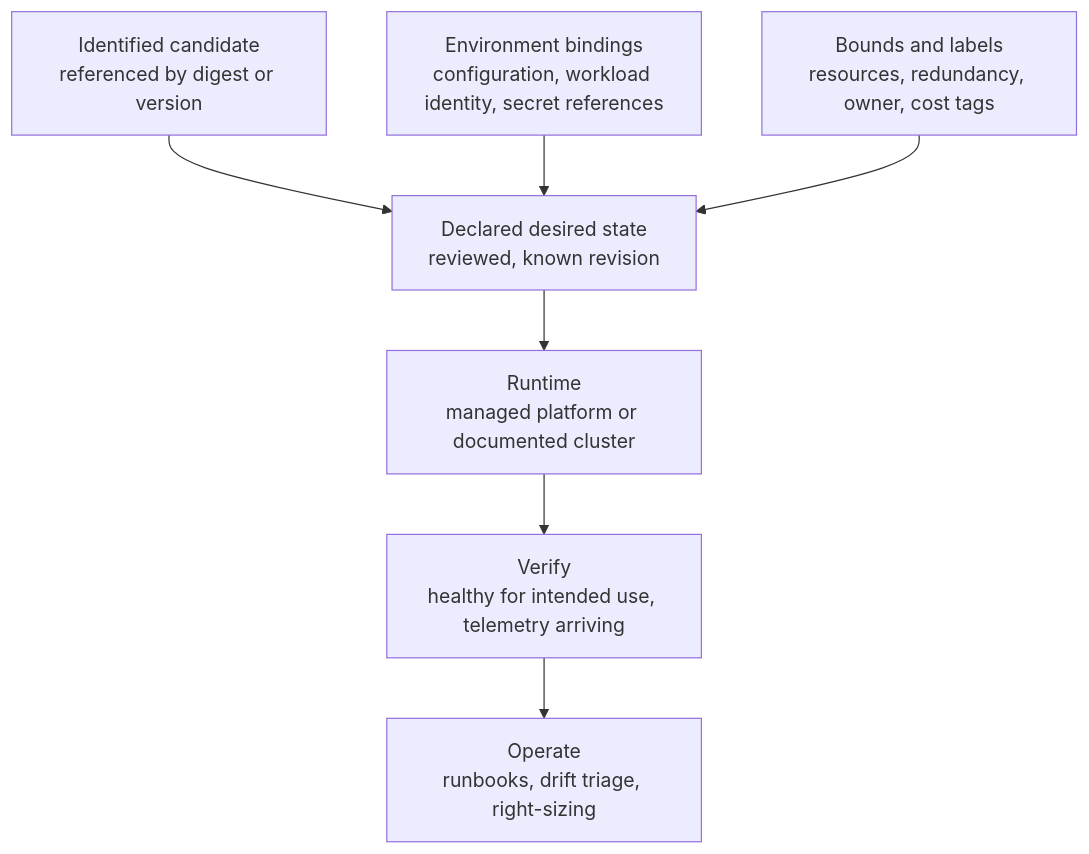
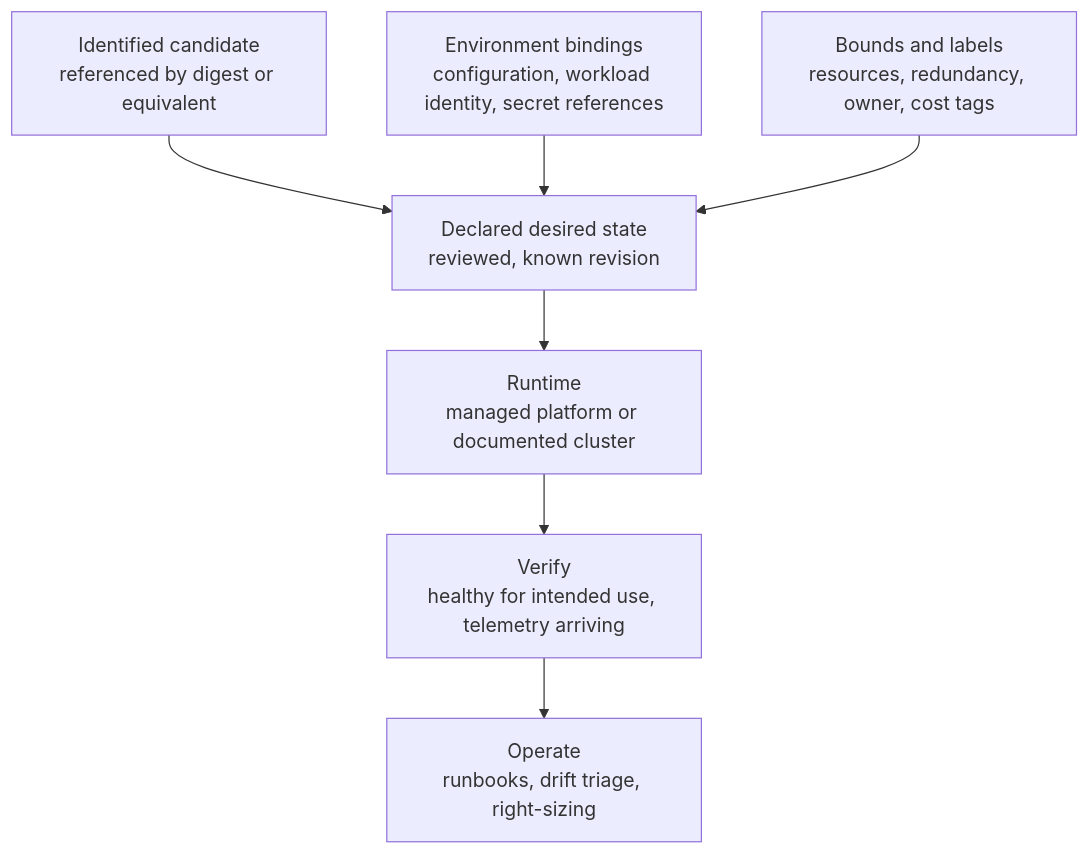
One commit to 0ryant/engineering-doctrine changed the diagram in doctrine/impl/application-deployment.md. Above: the diagram before and after it, drawn with Mermaid. The commit also changed 42 other files, not shown here.

````diff
--- a/doctrine/impl/application-deployment.md
+++ b/doctrine/impl/application-deployment.md
@@ -13,9 +13,9 @@
 ```mermaid
 flowchart TD
-    A["Identified candidate<br/>referenced by digest or version"] --> D["Declared desired state<br/>reviewed, known revision"]
+    A["Identified candidate<br/>referenced by digest or equivalent"] --> D["Declared desired state<br/>reviewed, known revision"]
     B["Environment bindings<br/>configuration, workload identity, secret references"] --> D
     C["Bounds and labels<br/>resources, redundancy, owner, cost tags"] --> D
     D --> E["Runtime<br/>managed platform or documented cluster"]
     E --> F["Verify<br/>healthy for intended use, telemetry arriving"]
     F --> G["Operate<br/>runbooks, drift triage, right-sizing"]
 ```
````
